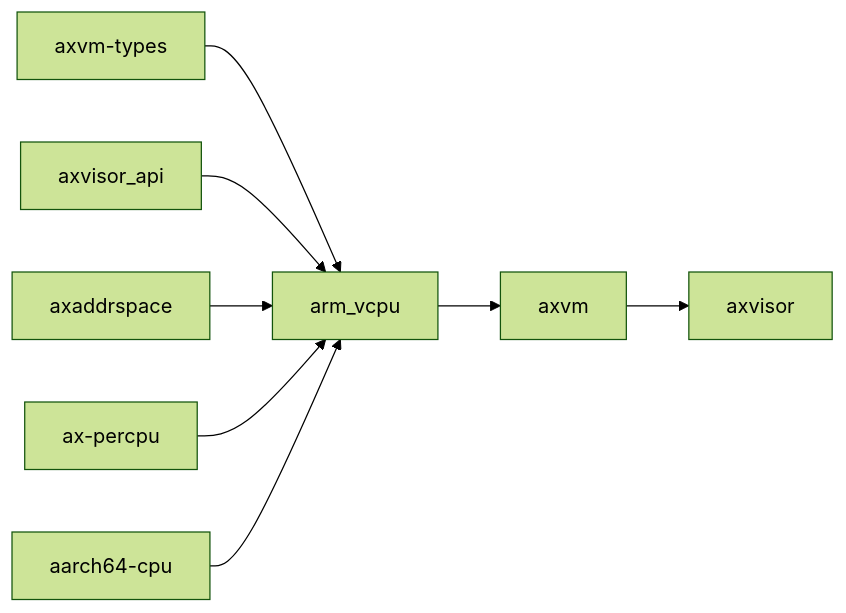
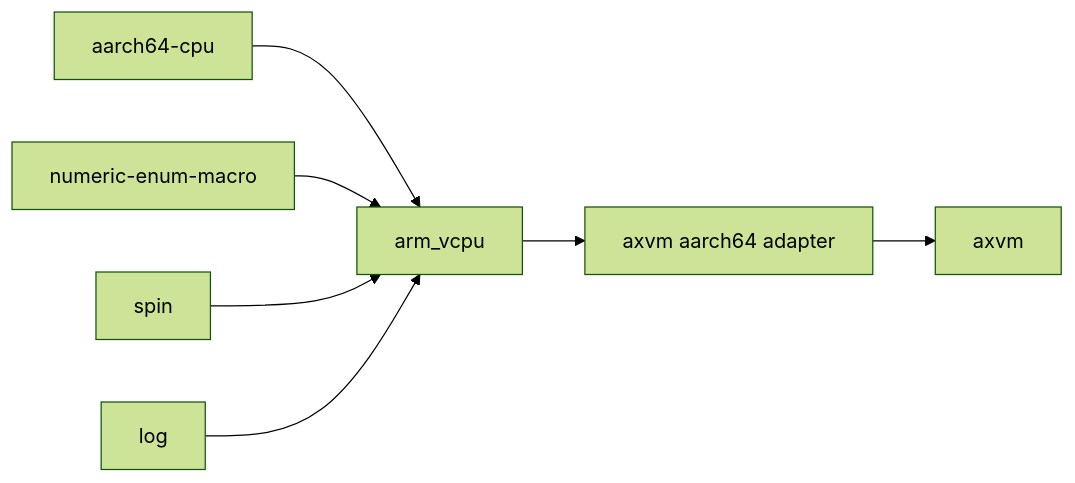
The second of 2 diagrams in docs/docs/components/crates/arm-vcpu.md (rcore-os/tgoskits), drawn with Mermaid (forest theme) before and after one commit. The commit also changed other lines of this file and 16 other files, not shown here.

Commit message:
refactor(arm_vcpu): decouple host interface

````diff
--- a/docs/docs/components/crates/arm-vcpu.md
+++ b/docs/docs/components/crates/arm-vcpu.md
@@ -114,11 +87,10 @@
 ```mermaid
 graph LR
-    axvm_types["axvm-types"] --> current["arm_vcpu"]
-    axvisor_api["axvisor_api"] --> current
-    axaddrspace["axaddrspace"] --> current
-    ax-percpu["ax-percpu"] --> current
-    aarch64_cpu["aarch64-cpu"] --> current
+    aarch64_cpu["aarch64-cpu"] --> current["arm_vcpu"]
+    numeric_enum["numeric-enum-macro"] --> current
+    spin["spin"] --> current
+    log["log"] --> current
 
-    current --> axvm["axvm"]
-    axvm --> axvisor["axvisor"]
+    current --> axvm_adapter["axvm aarch64 adapter"]
+    axvm_adapter --> axvm["axvm"]
 ```
````
